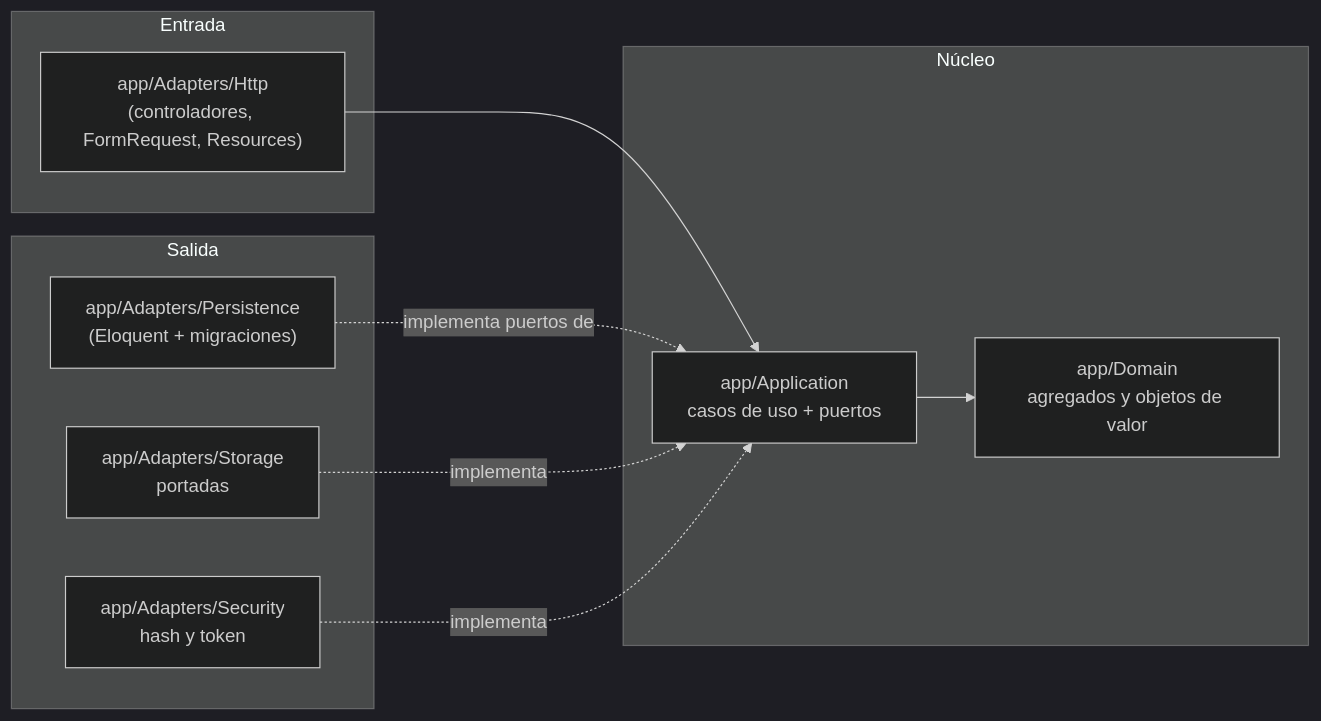
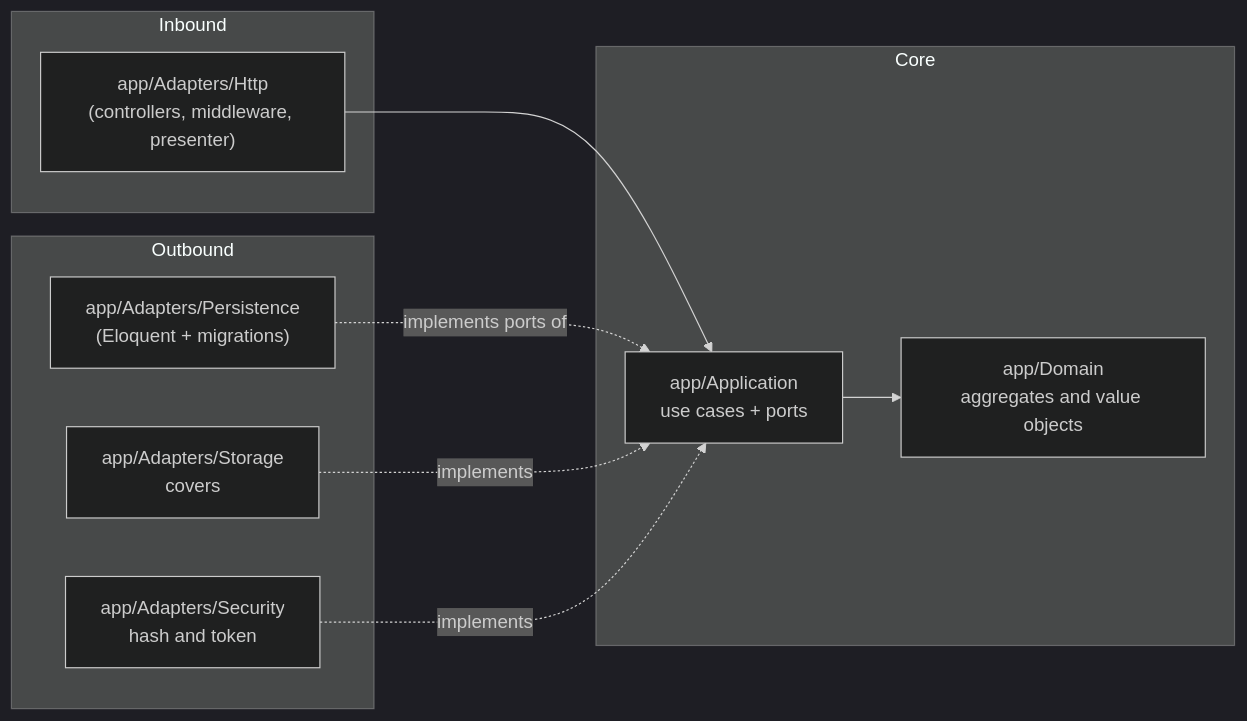
One commit to Esteban1807/test-manager-library-3145556-docs changed the first of 2 diagrams in spec-laravel/architecture.md. Above: the diagram before and after it, drawn with Mermaid (dark theme). The commit also changed other lines of this file and 9 other files, not shown here.

````diff
--- a/spec-laravel/architecture.md
+++ b/spec-laravel/architecture.md
@@ -7,19 +7,19 @@
 ```mermaid
 flowchart LR
-    subgraph Entrada
-      HTTP["app/Adapters/Http<br/>(controladores, FormRequest, Resources)"]
+    subgraph Inbound
+      HTTP["app/Adapters/Http<br/>(controllers, middleware, presenter)"]
     end
-    subgraph Núcleo
-      APP["app/Application<br/>casos de uso + puertos"]
-      DOM["app/Domain<br/>agregados y objetos de valor"]
+    subgraph Core
+      APP["app/Application<br/>use cases + ports"]
+      DOM["app/Domain<br/>aggregates and value objects"]
     end
-    subgraph Salida
-      DB["app/Adapters/Persistence<br/>(Eloquent + migraciones)"]
-      STO["app/Adapters/Storage<br/>portadas"]
-      SEC["app/Adapters/Security<br/>hash y token"]
+    subgraph Outbound
+      DB["app/Adapters/Persistence<br/>(Eloquent + migrations)"]
+      STO["app/Adapters/Storage<br/>covers"]
+      SEC["app/Adapters/Security<br/>hash and token"]
     end
     HTTP --> APP --> DOM
-    DB -. implementa puertos de .-> APP
-    STO -. implementa .-> APP
-    SEC -. implementa .-> APP
+    DB -. implements ports of .-> APP
+    STO -. implements .-> APP
+    SEC -. implements .-> APP
 ```
````
